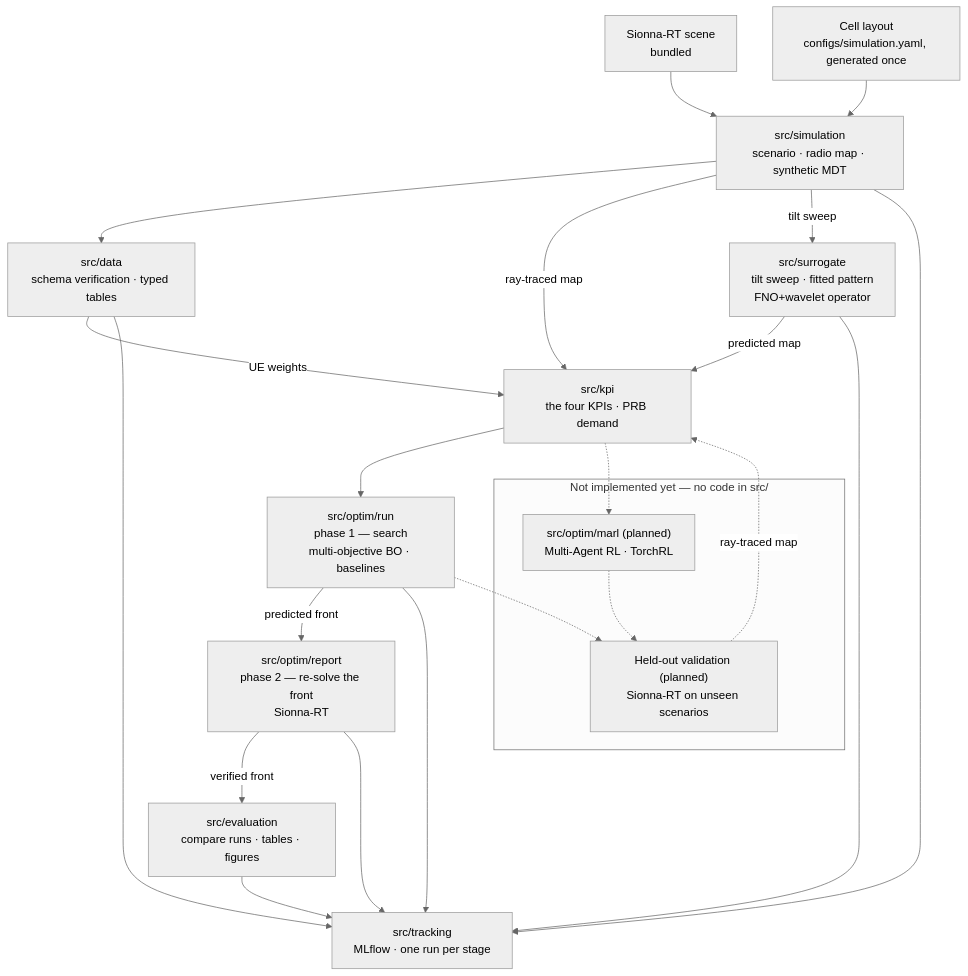
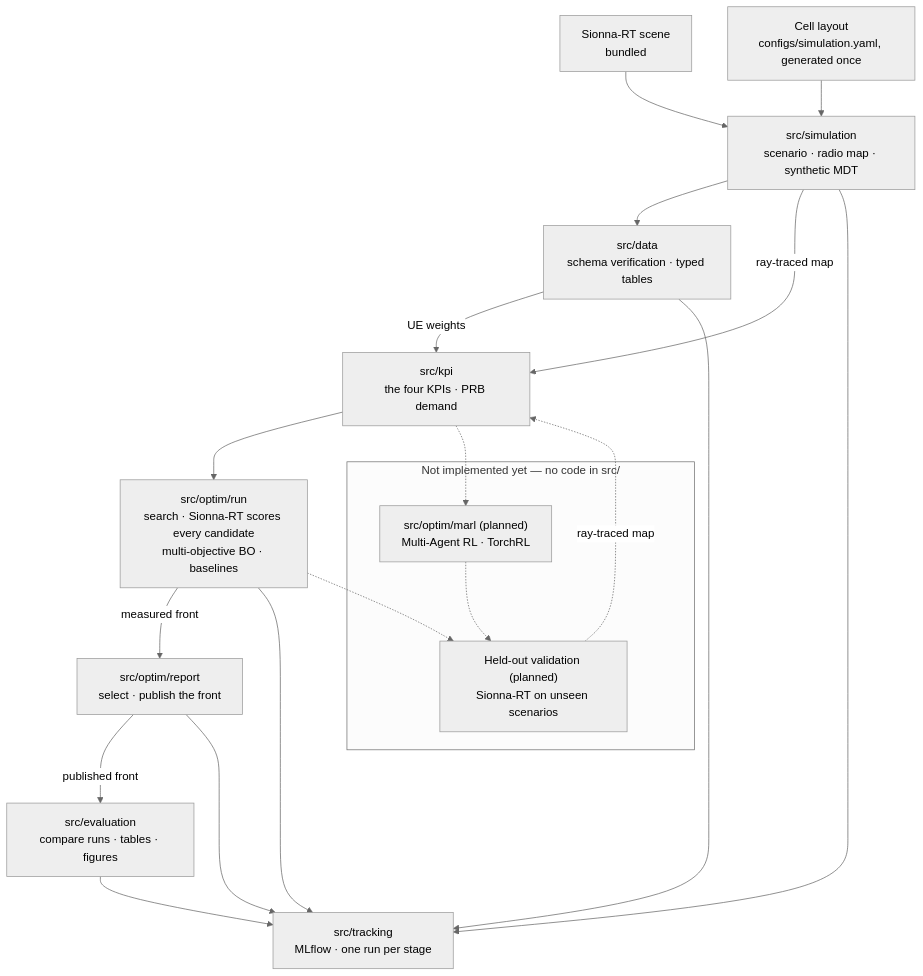
One commit to NguyenVu04/band-tilt changed the diagram in README.md. Above: the diagram before and after it, drawn with Mermaid (neutral theme). The commit also changed other lines of this file and 35 other files, not shown here.

````diff
--- a/README.md
+++ b/README.md
@@ -94,35 +93,32 @@
 ```mermaid
 flowchart TB
     scene["Sionna-RT scene<br/>bundled"]
     cells["Cell layout<br/>configs/simulation.yaml, generated once"]
 
     sim["src/simulation<br/>scenario · radio map · synthetic MDT"]
     prep["src/data<br/>schema verification · typed tables"]
     kpi["src/kpi<br/>the four KPIs · PRB demand"]
-    opt["src/optim/run<br/>phase 1 — search<br/>multi-objective BO · baselines"]
-    ver["src/optim/report<br/>phase 2 — re-solve the front<br/>Sionna-RT"]
+    opt["src/optim/run<br/>search · Sionna-RT scores every candidate<br/>multi-objective BO · baselines"]
+    ver["src/optim/report<br/>select · publish the front"]
     rep["src/evaluation<br/>compare runs · tables · figures"]
     mlf["src/tracking<br/>MLflow · one run per stage"]
-    sur["src/surrogate<br/>tilt sweep · fitted pattern<br/>FNO+wavelet operator"]
 
     subgraph future["Not implemented yet — no code in src/"]
         marl["src/optim/marl (planned)<br/>Multi-Agent RL · TorchRL"]
         val["Held-out validation (planned)<br/>Sionna-RT on unseen scenarios"]
     end
 
     scene --> sim
     cells --> sim
     sim --> prep
     sim -->|ray-traced map| kpi
     prep -->|UE weights| kpi
     kpi --> opt
-    opt -->|predicted front| ver
-    ver -->|verified front| rep
-    sim -->|tilt sweep| sur
-    sur -->|predicted map| kpi
-    sim & prep & sur & opt & ver & rep --> mlf
+    opt -->|measured front| ver
+    ver -->|published front| rep
+    sim & prep & opt & ver & rep --> mlf
     kpi -.-> marl
     opt -.-> val
     marl -.-> val
     val -.->|ray-traced map| kpi
 ```
````
